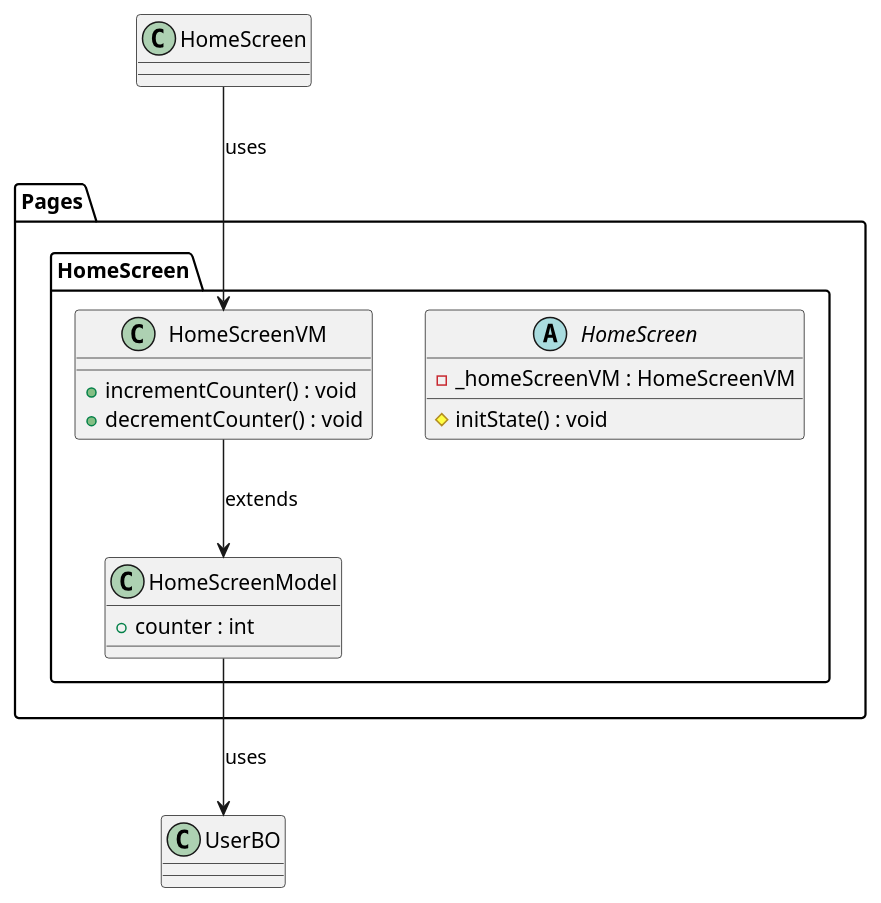
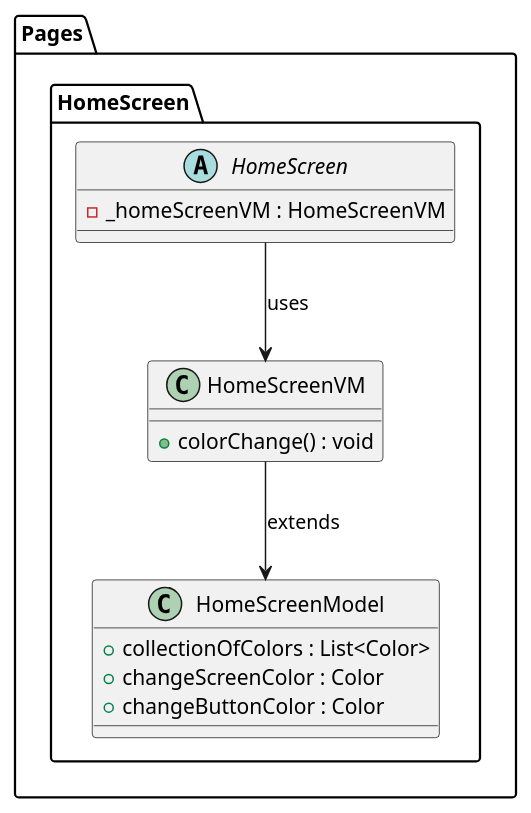
The diagram in lib/Pages/HomeScreen/Design/HomeScreen-Class.puml (ThirumuruganArumugam/Project-ScaffoldColor), drawn with PlantUML before and after one commit. The commit also changed 8 other files, not shown here.

```diff
--- a/lib/Pages/HomeScreen/Design/HomeScreen-Class.puml
+++ b/lib/Pages/HomeScreen/Design/HomeScreen-Class.puml
@@ -1,27 +1,25 @@
-@startuml HomeScreen Class Diagram 
+@startuml HomeScreen Class Diagram
 
 package Pages{
     package HomeScreen {
-        
+
         abstract class HomeScreen{
-            - _homeScreenVM : HomeScreenVM 
-            # initState() : void 
+            - _homeScreenVM : HomeScreenVM
         }
-        
+
         class HomeScreenModel{
-            + counter : int 
+            + collectionOfColors : List<Color>
+            + changeScreenColor : Color
+            + changeButtonColor : Color
         }
-        
+
         class HomeScreenVM{
-            + incrementCounter() : void
-            + decrementCounter() : void 
+            + colorChange() : void
         }
     }
 }
 
-
 HomeScreenVM --> HomeScreenModel : extends
-HomeScreen --> HomeScreenVM: uses
-HomeScreenModel --> UserBO : uses
+Pages.HomeScreen.HomeScreen --> HomeScreenVM: uses
 
 @enduml
```
